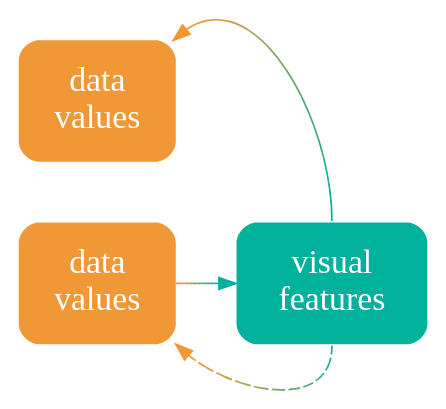
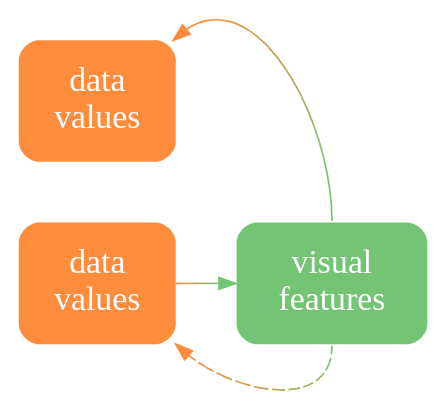
One commit to pmur002/hdvw changed the diagram in Diagrams/dissonant-decode.dot. Above: the diagram before and after it, drawn with Graphviz. The commit also changed 676 other files, not shown here.

```diff
--- a/Diagrams/dissonant-decode.dot
+++ b/Diagrams/dissonant-decode.dot
@@ -1,12 +1,12 @@
 digraph {
   graph [ rankdir=LR; margin=.2; nodesep=.5 ];
   node [ fontsize=20; fontname="sans bold"; margin=.2 ];
-  data [ label="data\nvalues"; shape=box; style="filled, rounded"; penwidth=0; fontcolor=white; fillcolor="#F09736" ]
-  data2 [ label="data\nvalues"; shape=box; style="filled, rounded"; penwidth=0; fontcolor=white; fillcolor="#F09736" ]
+  data [ label="data\nvalues"; shape=box; style="filled, rounded"; penwidth=0; fontcolor=white; fillcolor="#FD8D3C" ]
+  data2 [ label="data\nvalues"; shape=box; style="filled, rounded"; penwidth=0; fontcolor=white; fillcolor="#FD8D3C" ]
   vis [ label="visual\nfeatures"; shape=box;
-     style="filled, rounded"; penwidth=0; fontcolor=white; fillcolor="#00B19B" ]
-  data2 -> vis [ color="#F09736;0.1:#D59A41;0.1:#BB9D4C;0.1:#A0A058;0.1:#85A363;0.1:#6BA56E;0.1:#50A879;0.1:#35AB85;0.1:#1BAE90;0.1:#00B19B;0.1" ]
-  vis:n -> data:ne [ style="solid", color="#00B19B;0.1:#1BAE90;0.1:#35AB85;0.1:#50A879;0.1:#6BA56E;0.1:#85A363;0.1:#A0A058;0.1:#BB9D4C;0.1:#D59A41;0.1:#F09736;0.1" ]
-  vis:s -> data2:se [ style="dashed", color="#00B19B;0.1:#1BAE90;0.1:#35AB85;0.1:#50A879;0.1:#6BA56E;0.1:#85A363;0.1:#A0A058;0.1:#BB9D4C;0.1:#D59A41;0.1:#F09736;0.1" ]
+     style="filled, rounded"; penwidth=0; fontcolor=white; fillcolor="#74C476" ]
+  data2 -> vis [ color="#FD8D3C;0.1:#EE9342;0.1:#DF9949;0.1:#CF9F4F;0.1:#C0A556;0.1:#B1AC5C;0.1:#A2B263;0.1:#92B869;0.1:#83BE70;0.1:#74C476;0.1" ]
+  vis:n -> data:ne [ style="solid", color="#74C476;0.1:#83BE70;0.1:#92B869;0.1:#A2B263;0.1:#B1AC5C;0.1:#C0A556;0.1:#CF9F4F;0.1:#DF9949;0.1:#EE9342;0.1:#FD8D3C;0.1" ]
+  vis:s -> data2:se [ style="dashed", color="#74C476;0.1:#83BE70;0.1:#92B869;0.1:#A2B263;0.1:#B1AC5C;0.1:#C0A556;0.1:#CF9F4F;0.1:#DF9949;0.1:#EE9342;0.1:#FD8D3C;0.1" ]
 { rank=same; data, data2 }
 }
```
